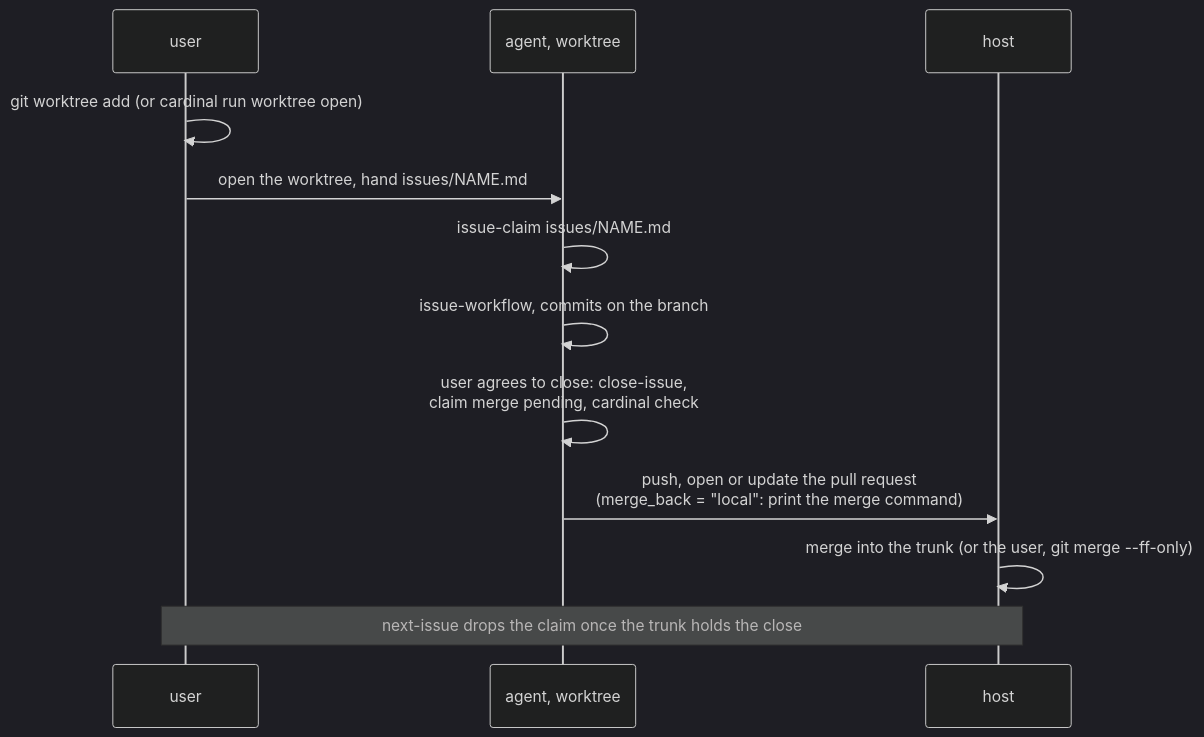
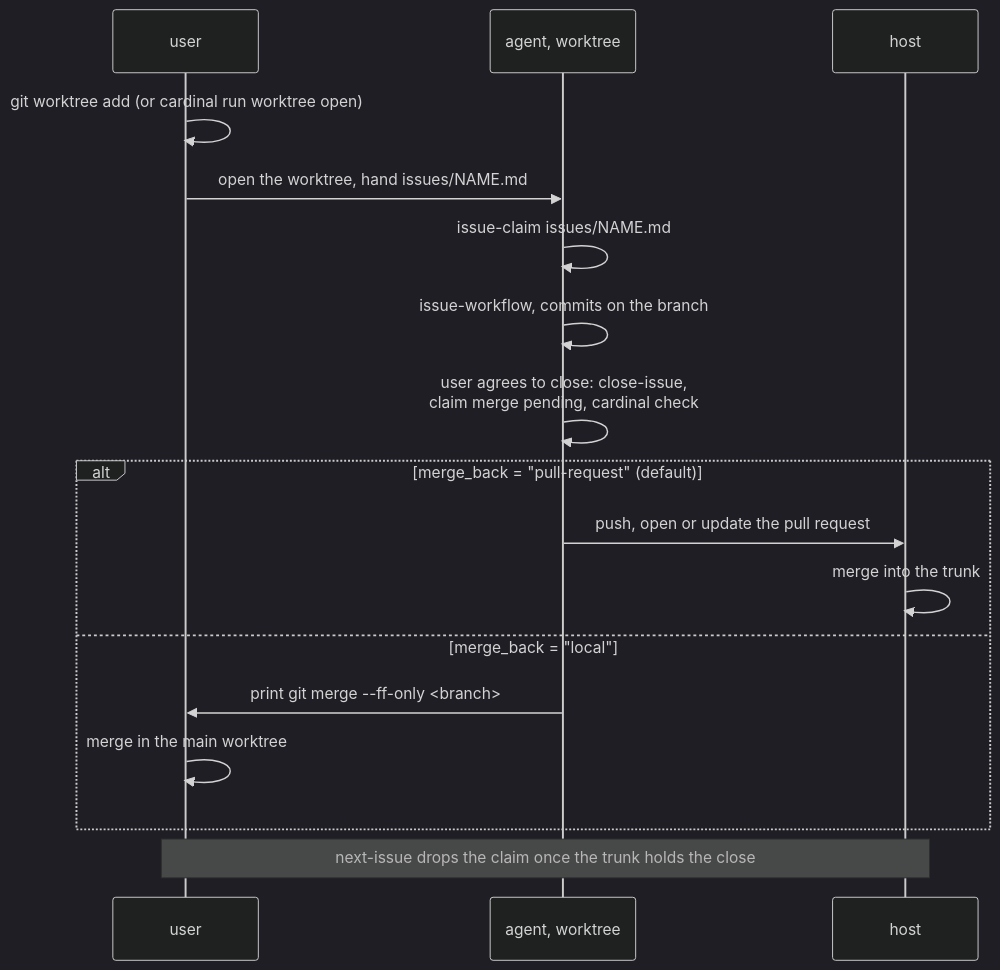
The third of 3 diagrams in docs/workflow.md (Electron-libre/cardinal), drawn with Mermaid (dark theme) before and after one commit. The commit also changed 4 other files, not shown here.

First line of the commit message:
fix(files): check that a local merge can fast-forward

````diff
--- a/docs/workflow.md
+++ b/docs/workflow.md
@@ -95,14 +95,19 @@
 ```mermaid
 sequenceDiagram
   participant U as user
   participant W as agent, worktree
   participant H as host
   U->>U: git worktree add (or cardinal run worktree open)
   U->>W: open the worktree, hand issues/NAME.md
   W->>W: issue-claim issues/NAME.md
   W->>W: issue-workflow, commits on the branch
   W->>W: user agrees to close: close-issue,<br/>claim merge pending, cardinal check
-  W->>H: push, open or update the pull request<br/>(merge_back = "local": print the merge command)
-  H->>H: merge into the trunk (or the user, git merge --ff-only)
+  alt merge_back = "pull-request" (default)
+    W->>H: push, open or update the pull request
+    H->>H: merge into the trunk
+  else merge_back = "local"
+    W->>U: print git merge --ff-only <branch>
+    U->>U: merge in the main worktree
+  end
   Note over U,H: next-issue drops the claim once the trunk holds the close
 ```
````
